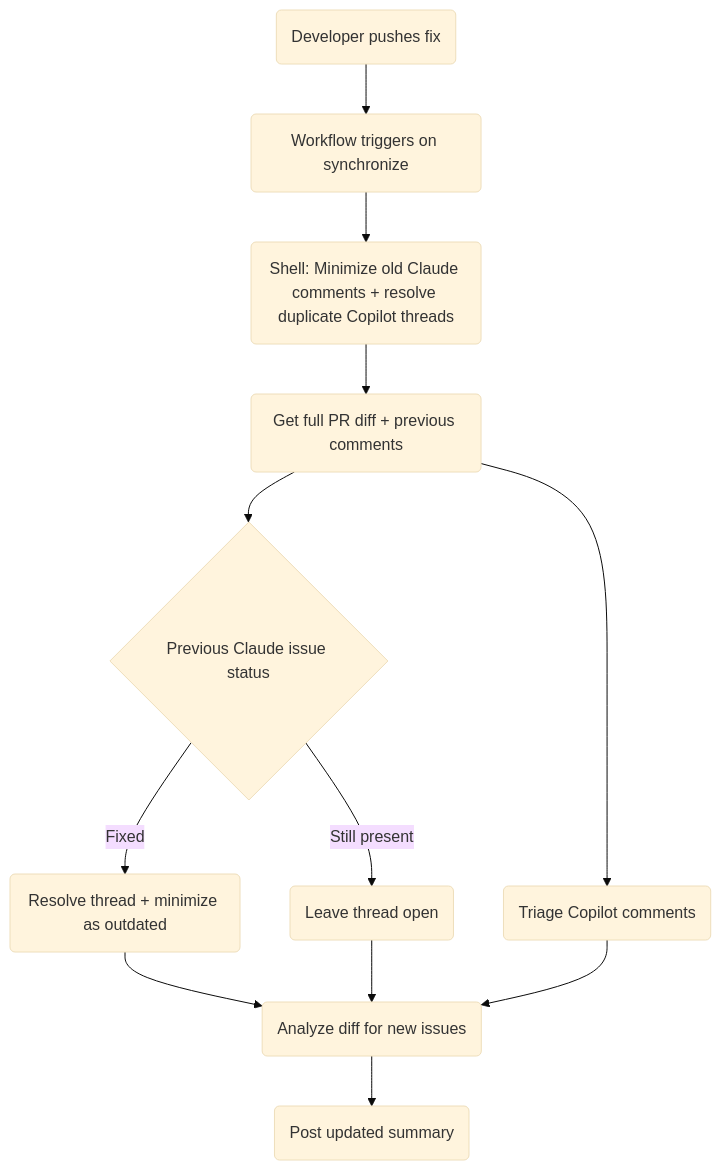
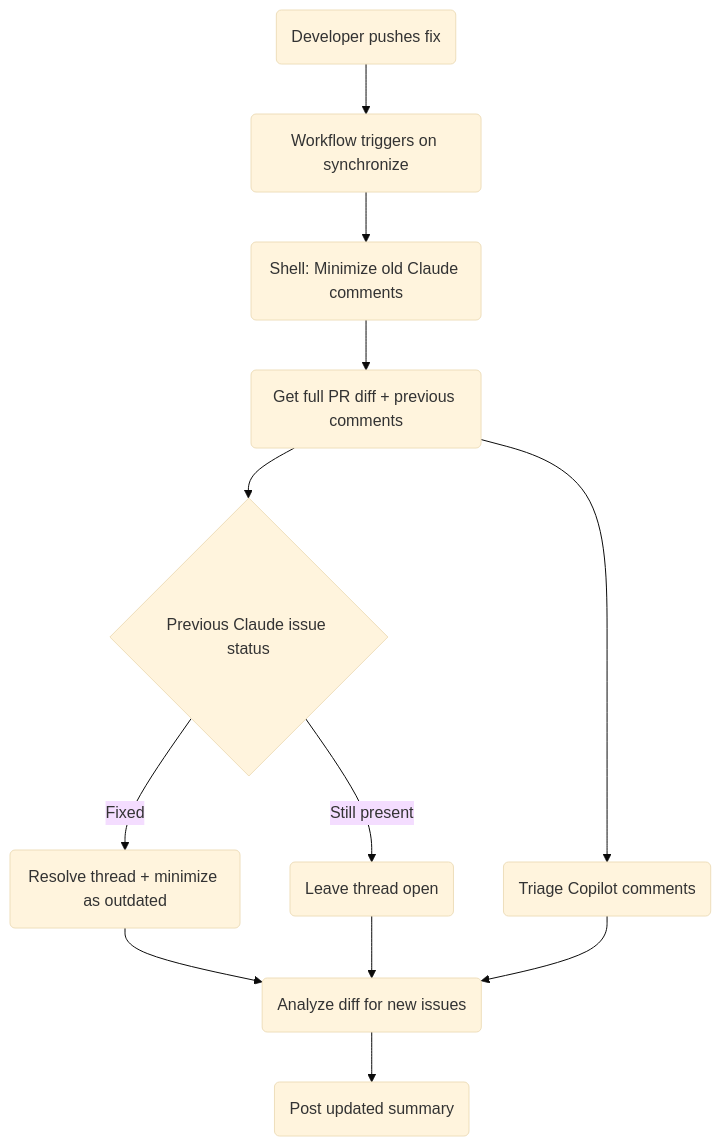
The second of 2 diagrams in docs/claude-code-review.md (SchweizerischeBundesbahnen/github-workflows-polarion), drawn with Mermaid (base theme) before and after one commit. The commit also changed other lines of this file and 1 other file, not shown here.

First line of the commit message:
fix: remove Copilot dedup shell step (insufficient permissions)

````diff
--- a/docs/claude-code-review.md
+++ b/docs/claude-code-review.md
@@ -166,14 +160,14 @@
 ```mermaid
 flowchart TD
   A(Developer pushes fix) --> B(Workflow triggers on synchronize)
-  B --> C(Shell: Minimize old Claude comments + resolve duplicate Copilot threads)
+  B --> C(Shell: Minimize old Claude comments)
   C --> D(Get full PR diff + previous comments)
   D --> E{Previous Claude issue status}
   E -->|Fixed| F(Resolve thread + minimize as outdated)
   E -->|Still present| G(Leave thread open)
   D --> H(Triage Copilot comments)
   F --> I(Analyze diff for new issues)
   G --> I
   H --> I
   I --> J(Post updated summary)
 ```
````
